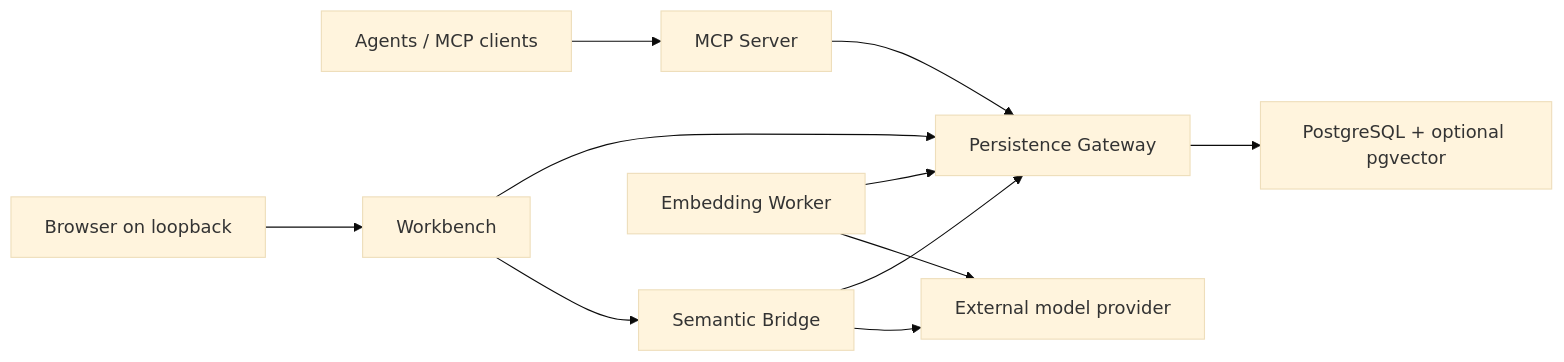
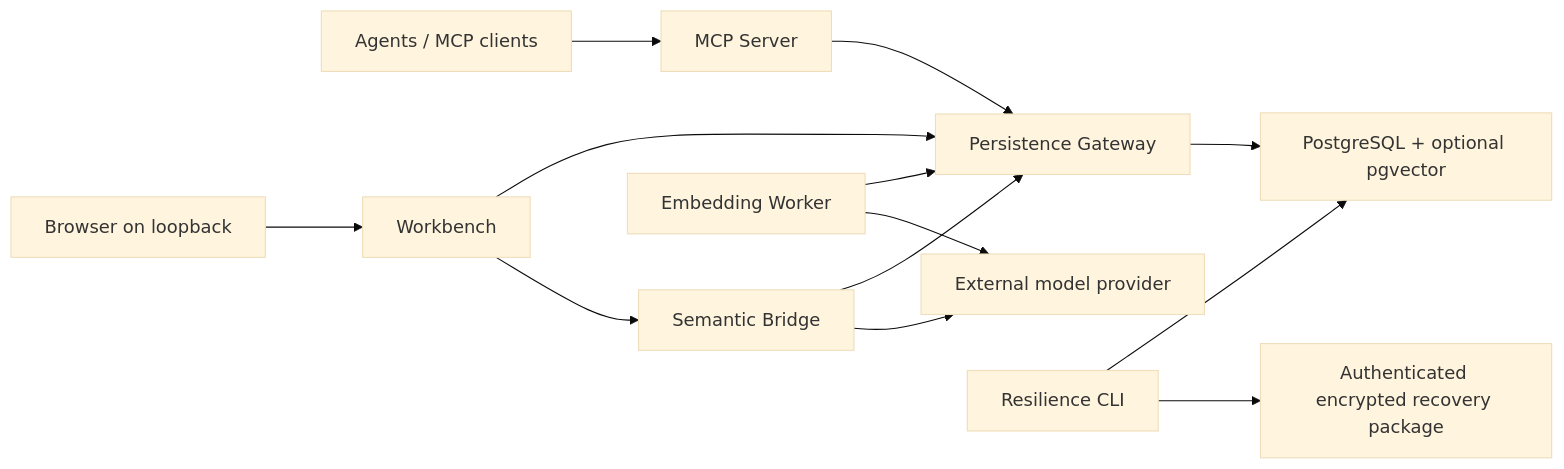
One commit to ProjForge/Forge changed the diagram in README.md. Above: the diagram before and after it, drawn with Mermaid (base theme). The commit also changed other lines of this file and 55 other files, not shown here.

````diff
--- a/README.md
+++ b/README.md
@@ -46,13 +56,15 @@
 ```mermaid
 flowchart LR
     Agents["Agents / MCP clients"] --> MCP["MCP Server"]
     Humans["Browser on loopback"] --> WB["Workbench"]
     MCP --> GW["Persistence Gateway"]
     WB --> GW
     WB --> SB["Semantic Bridge"]
     SB --> GW
     Worker["Embedding Worker"] --> GW
     Worker --> Provider["External model provider"]
     SB --> Provider
     GW --> DB["PostgreSQL + optional pgvector"]
+    Recovery["Resilience CLI"] --> DB
+    Recovery --> Backup["Authenticated encrypted recovery package"]
 ```
````
